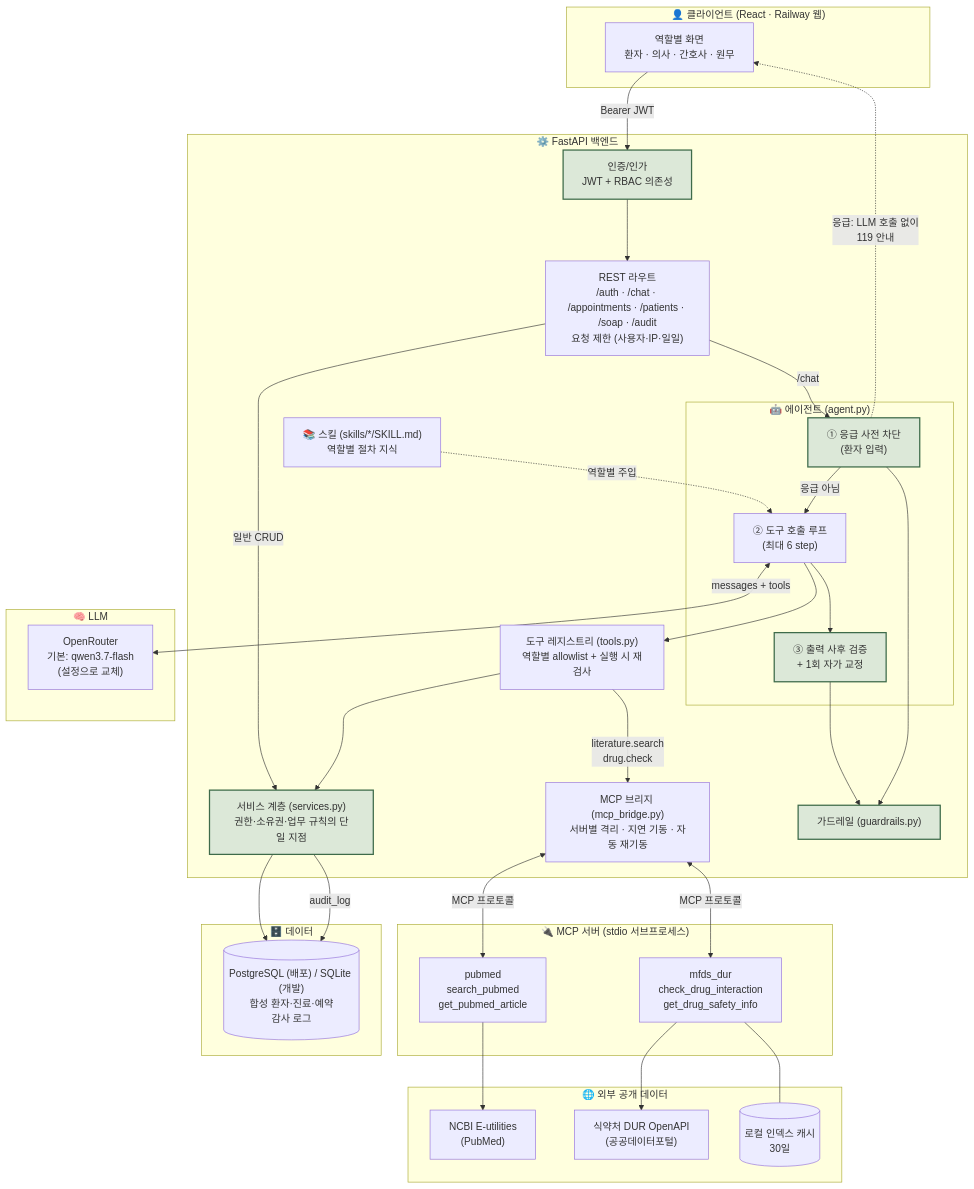
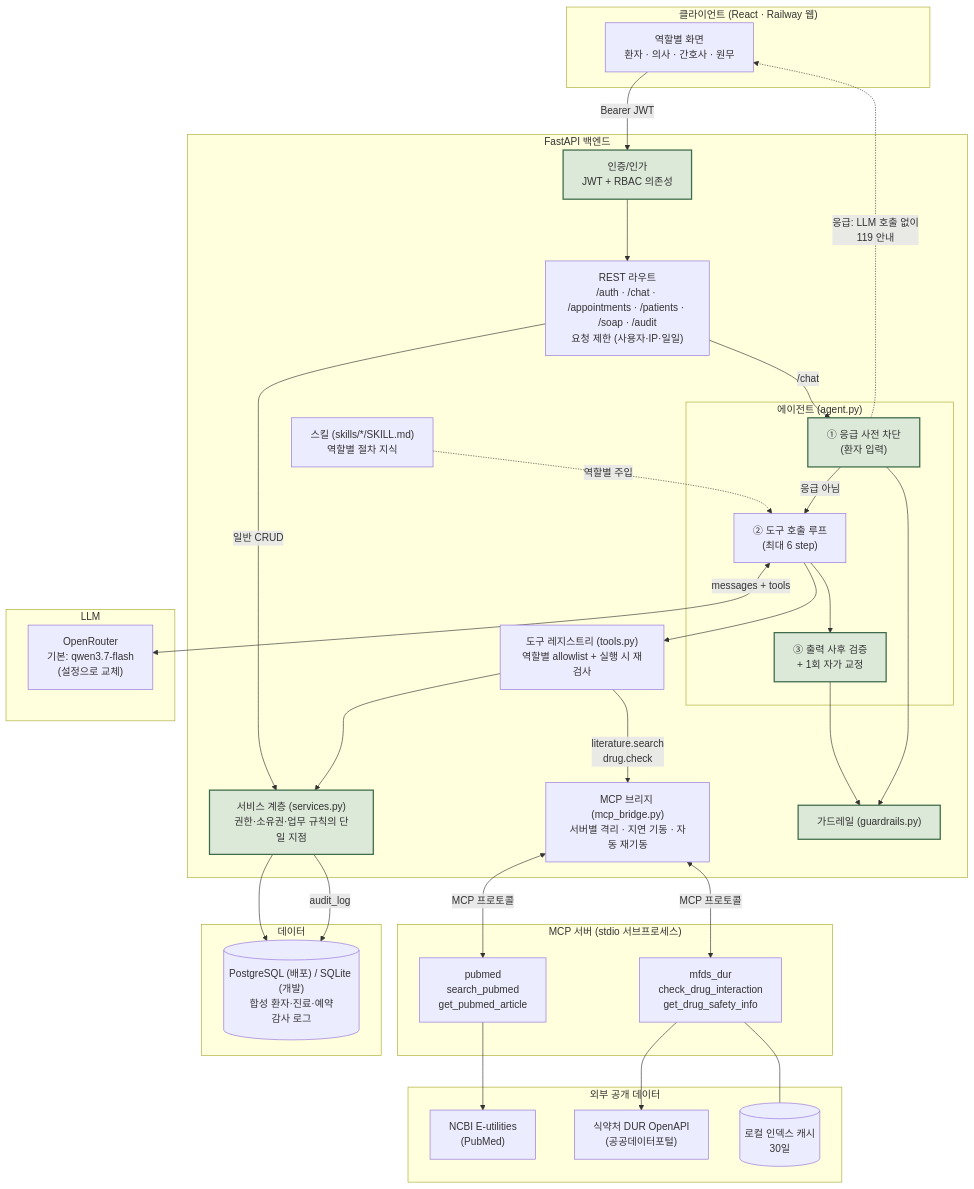
One commit to minhahamin/mediRail changed the first of 6 diagrams in README.md. Above: the diagram before and after it, drawn with Mermaid. The commit also changed other lines of this file and 5 other files, not shown here.

````diff
--- a/README.md
+++ b/README.md
@@ -58,61 +58,61 @@
 ```mermaid
 flowchart TB
-    subgraph Client["👤 클라이언트 (React · Railway 웹)"]
+    subgraph Client["클라이언트 (React · Railway 웹)"]
         UI["역할별 화면<br/>환자 · 의사 · 간호사 · 원무"]
     end
 
-    subgraph API["⚙️ FastAPI 백엔드"]
+    subgraph API["FastAPI 백엔드"]
         AUTH["인증/인가<br/>JWT + RBAC 의존성"]
         ROUTES["REST 라우트<br/>/auth · /chat · /appointments · /patients · /soap · /audit<br/>요청 제한 (사용자·IP·일일)"]
-        subgraph AGENT["🤖 에이전트 (agent.py)"]
+        subgraph AGENT["에이전트 (agent.py)"]
             PRE["① 응급 사전 차단<br/>(환자 입력)"]
             LOOP["② 도구 호출 루프<br/>(최대 6 step)"]
             POST["③ 출력 사후 검증<br/>+ 1회 자가 교정"]
         end
         TOOLS["도구 레지스트리 (tools.py)<br/>역할별 allowlist + 실행 시 재검사"]
         SVC["서비스 계층 (services.py)<br/>권한·소유권·업무 규칙의 단일 지점"]
         GR["가드레일 (guardrails.py)"]
         BRIDGE["MCP 브리지 (mcp_bridge.py)<br/>서버별 격리 · 지연 기동 · 자동 재기동"]
-        SK["📚 스킬 (skills/*/SKILL.md)<br/>역할별 절차 지식"]
+        SK["스킬 (skills/*/SKILL.md)<br/>역할별 절차 지식"]
     end
 
-    subgraph Data["🗄️ 데이터"]
+    subgraph Data["데이터"]
         DB[("PostgreSQL (배포) / SQLite (개발)<br/>합성 환자·진료·예약<br/>감사 로그")]
     end
 
-    subgraph LLM["🧠 LLM"]
+    subgraph LLM["LLM"]
         OR["OpenRouter<br/>기본: qwen3.7-flash<br/>(설정으로 교체)"]
     end
 
-    subgraph MCP["🔌 MCP 서버 (stdio 서브프로세스)"]
+    subgraph MCP["MCP 서버 (stdio 서브프로세스)"]
         PUB["pubmed<br/>search_pubmed<br/>get_pubmed_article"]
         DUR["mfds_dur<br/>check_drug_interaction<br/>get_drug_safety_info"]
     end
 
-    subgraph EXT["🌐 외부 공개 데이터"]
+    subgraph EXT["외부 공개 데이터"]
         NCBI["NCBI E-utilities<br/>(PubMed)"]
         MFDS["식약처 DUR OpenAPI<br/>(공공데이터포털)"]
         CACHE[("로컬 인덱스 캐시<br/>30일")]
     end
 
     UI -->|Bearer JWT| AUTH --> ROUTES
     ROUTES -->|일반 CRUD| SVC
     ROUTES -->|/chat| PRE
     PRE -->|응급 아님| LOOP
     PRE -.->|응급: LLM 호출 없이<br/>119 안내| UI
     SK -.->|역할별 주입| LOOP
     LOOP <-->|messages + tools| OR
     LOOP --> TOOLS --> SVC --> DB
     TOOLS -->|literature.search<br/>drug.check| BRIDGE
     BRIDGE <-->|MCP 프로토콜| PUB
     BRIDGE <-->|MCP 프로토콜| DUR
     PUB --> NCBI
     DUR --> MFDS
     DUR --- CACHE
     LOOP --> POST --> GR
     PRE --> GR
     SVC -->|audit_log| DB
 
     classDef safe fill:#dce8d8,stroke:#3e6b4a,stroke-width:2px;
     class PRE,POST,GR,SVC,AUTH safe;
 ```
````
